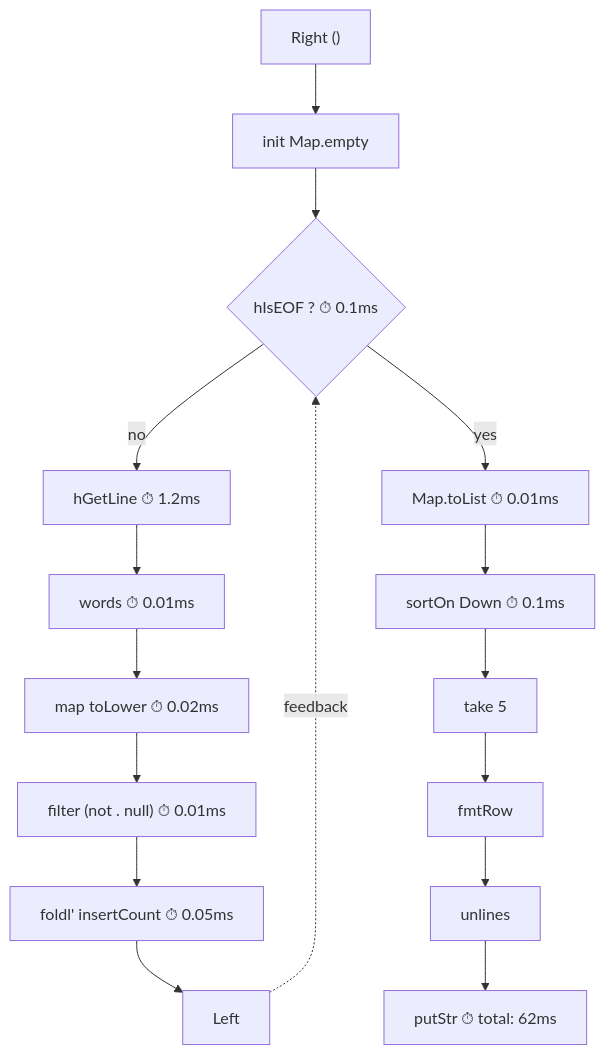
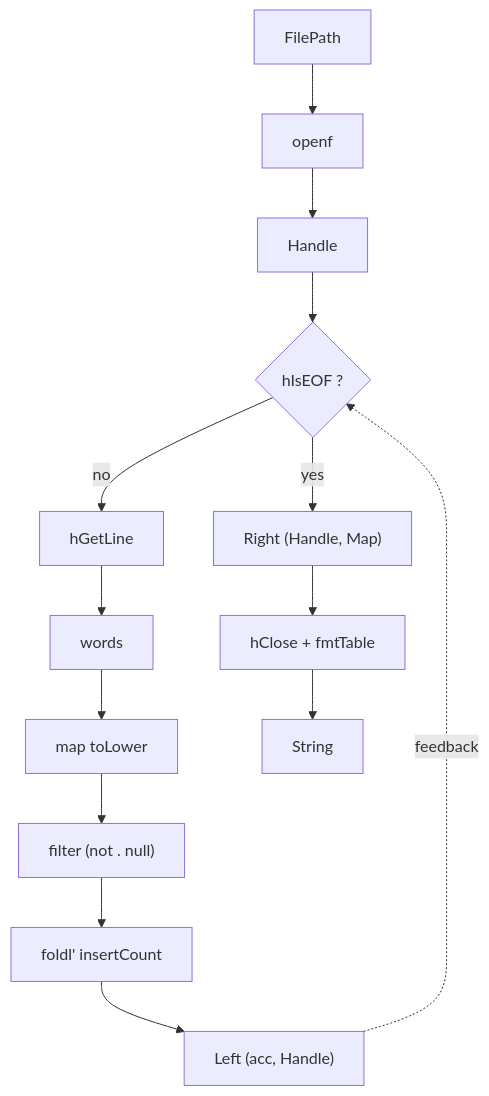
Before and after one commit to tonyday567/circuits: the diagram in readme.md, drawn with Mermaid. The commit also changed other lines of this file, not shown here.

Commit message:
readme: verified inline example, updated mermaid, linked words repo

````diff
--- a/readme.md
+++ b/readme.md
@@ -94,19 +94,16 @@
 ```mermaid
 flowchart TD
-    B["Right ()"] --> C["init Map.empty"]
-    C --> D{"hIsEOF ? ⏱ 0.1ms"}
-    D -->|"no"| E["hGetLine ⏱ 1.2ms"]
-    E --> F["words ⏱ 0.01ms"]
-    F --> G["map toLower ⏱ 0.02ms"]
-    G --> H["filter (not . null) ⏱ 0.01ms"]
-    H --> I["foldl' insertCount ⏱ 0.05ms"]
-    I --> J["Left"]
+    A["FilePath"] --> B["openf"]
+    B --> C["Handle"]
+    C --> D{"hIsEOF ?"}
+    D -->|"no"| E["hGetLine"]
+    E --> F["words"]
+    F --> G["map toLower"]
+    G --> H["filter (not . null)"]
+    H --> I["foldl' insertCount"]
+    I --> J["Left (acc, Handle)"]
     J -.->|"feedback"| D
-
-    D -->|"yes"| K["Map.toList ⏱ 0.01ms"]
-    K --> L["sortOn Down ⏱ 0.1ms"]
-    L --> M["take 5"]
-    M --> N["fmtRow"]
-    N --> O["unlines"]
-    O --> P["putStr ⏱ total: 62ms"]
+    D -->|"yes"| K["Right (Handle, Map)"]
+    K --> L["hClose + fmtTable"]
+    L --> M["String"]
 ```
````
